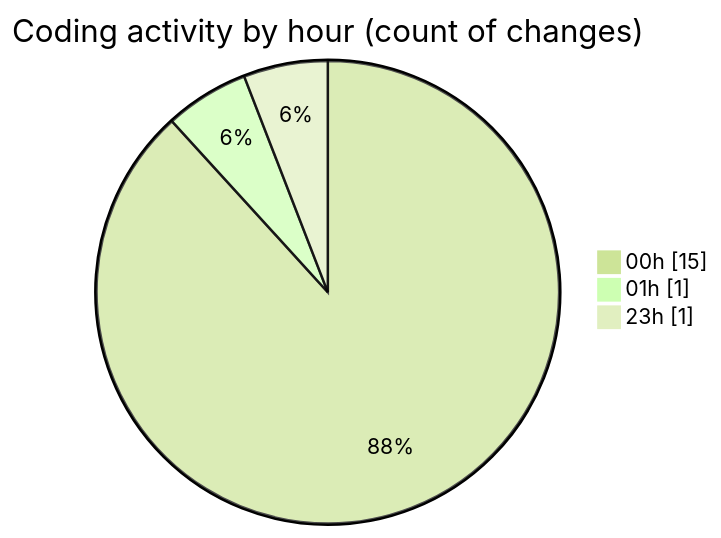
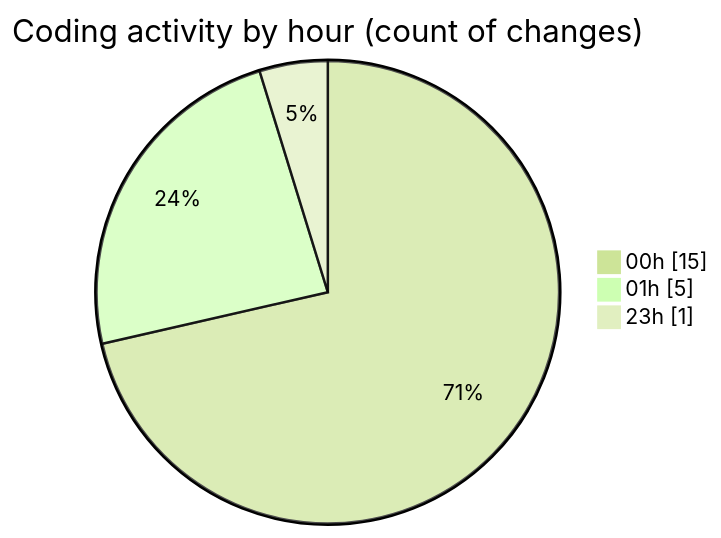
The second of 2 diagrams in 2025-08-04/studybuddy/README.md (lephambinh05/code-tracking), drawn with Mermaid (forest theme) before and after one commit. The commit also changed other lines of this file and 1 other file, not shown here.

````diff
--- a/2025-08-04/studybuddy/README.md
+++ b/2025-08-04/studybuddy/README.md
@@ -30,7 +32,7 @@
 ```mermaid
 pie showData
 title Coding activity by hour (count of changes)
 "00h" : 15
-"01h" : 1
+"01h" : 5
 "23h" : 1
 ```
````
